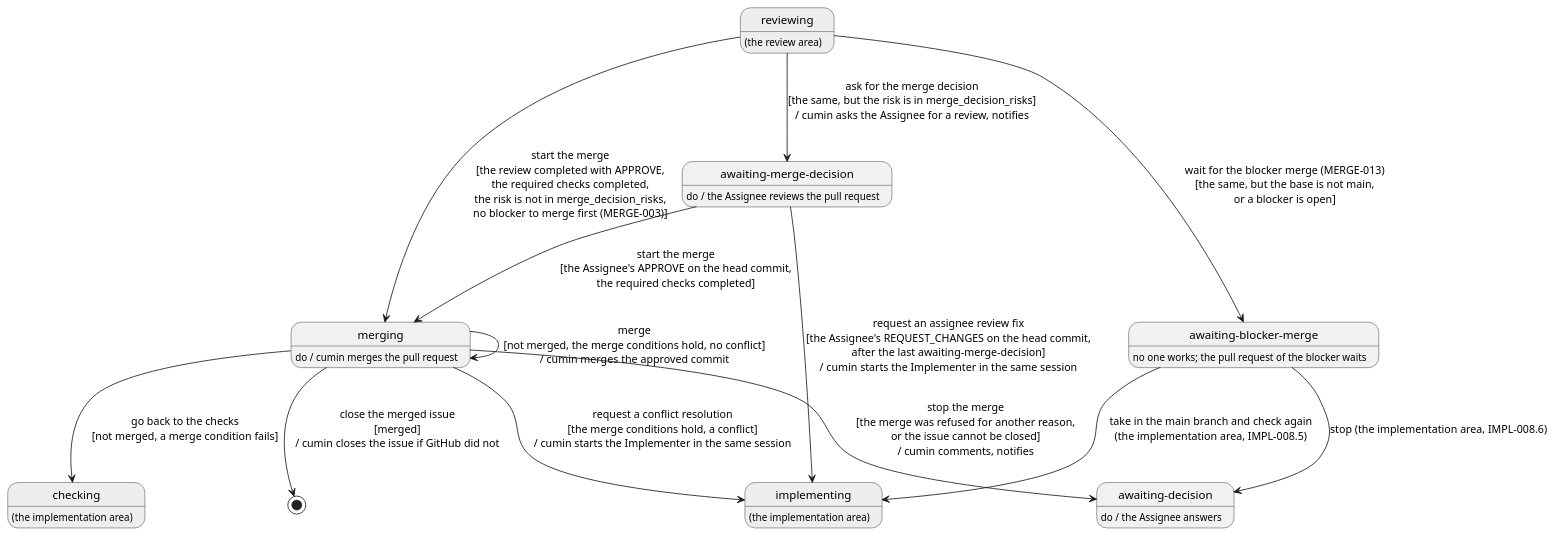
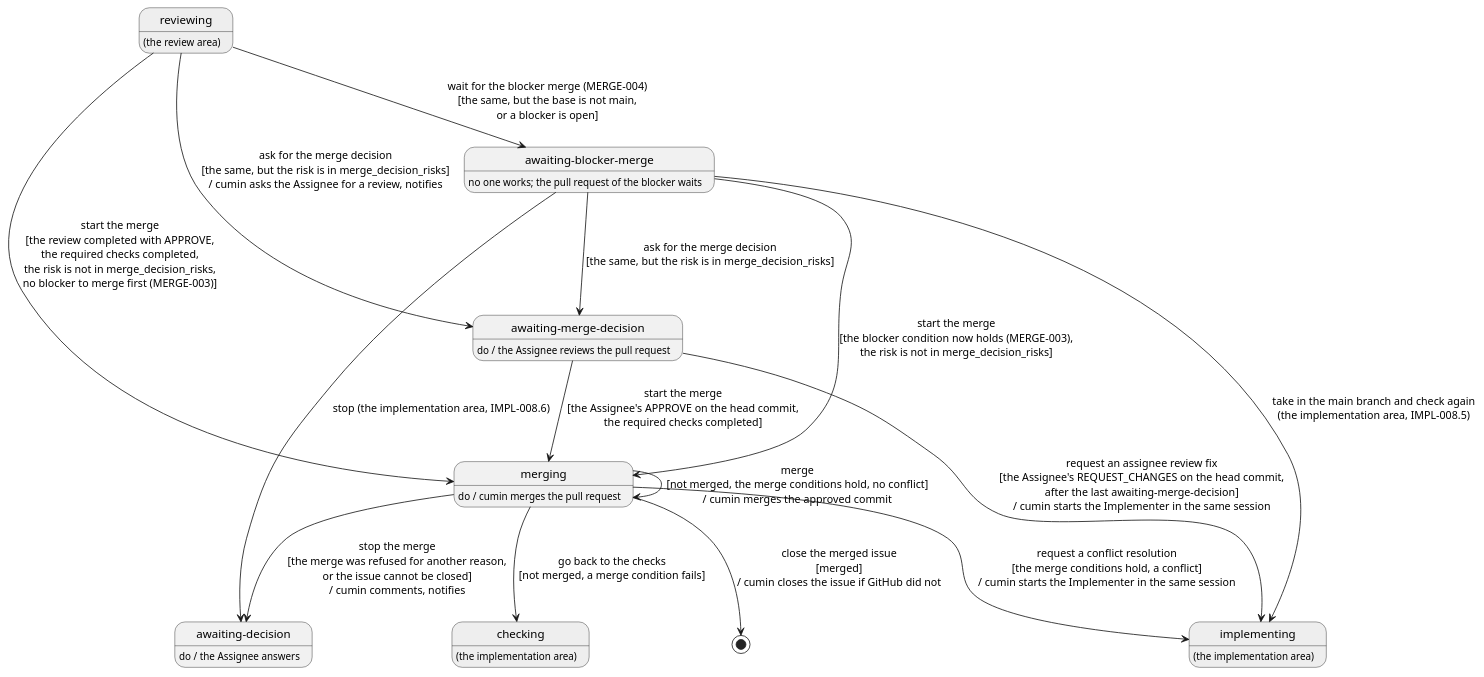
The diagram in docs/ja/requirements/merge/overview.puml (cloveclovedev/cumin-works), drawn with PlantUML before and after one commit. The commit also changed 9 other files, not shown here.

First line of the commit message:
docs(requirements): put the wait for blockers with the start of the merge

```diff
--- a/docs/ja/requirements/merge/overview.puml
+++ b/docs/ja/requirements/merge/overview.puml
@@ -1,43 +1,45 @@
 @startuml overview
 ' cumin-works - the states of an implementation issue in the merge stage.
 ' A state is a label on GitHub, written without "cumin/status/". "do /" says who works in the state.
 ' A transition is written: action [guard] / what cumin does. A gray state belongs to another area.
 ' Render: run scripts/render-diagrams.sh at the root of the repository.
 
 hide empty description
 
 state "reviewing" as Reviewing #EEEEEE
 Reviewing : (the review area)
 
 state "awaiting-merge-decision" as MergeDecision
 MergeDecision : do / the Assignee reviews the pull request
 
 state "merging" as Merging
 Merging : do / cumin merges the pull request
 
 state "implementing" as Implementing #EEEEEE
 Implementing : (the implementation area)
 
 state "checking" as Checking #EEEEEE
 Checking : (the implementation area)
 
 state "awaiting-blocker-merge" as AwaitingBase
 AwaitingBase : no one works; the pull request of the blocker waits
 
 state "awaiting-decision" as Decision
 Decision : do / the Assignee answers
 
 Reviewing --> Merging : start the merge\n[the review completed with APPROVE,\nthe required checks completed,\nthe risk is not in merge_decision_risks,\nno blocker to merge first (MERGE-003)]
 Reviewing --> MergeDecision : ask for the merge decision\n[the same, but the risk is in merge_decision_risks]\n/ cumin asks the Assignee for a review, notifies
 MergeDecision --> Merging : start the merge\n[the Assignee's APPROVE on the head commit,\nthe required checks completed]
 MergeDecision --> Implementing : request an assignee review fix\n[the Assignee's REQUEST_CHANGES on the head commit,\nafter the last awaiting-merge-decision]\n/ cumin starts the Implementer in the same session
-Reviewing --> AwaitingBase : wait for the blocker merge (MERGE-013)\n[the same, but the base is not main,\nor a blocker is open]
+Reviewing --> AwaitingBase : wait for the blocker merge (MERGE-004)\n[the same, but the base is not main,\nor a blocker is open]
 AwaitingBase --> Implementing : take in the main branch and check again\n(the implementation area, IMPL-008.5)
+AwaitingBase --> Merging : start the merge\n[the blocker condition now holds (MERGE-003),\nthe risk is not in merge_decision_risks]
+AwaitingBase --> MergeDecision : ask for the merge decision\n[the same, but the risk is in merge_decision_risks]
 AwaitingBase --> Decision : stop (the implementation area, IMPL-008.6)
 Merging --> Merging : merge\n[not merged, the merge conditions hold, no conflict]\n/ cumin merges the approved commit
 Merging --> [*] : close the merged issue\n[merged]\n/ cumin closes the issue if GitHub did not
 Merging --> Checking : go back to the checks\n[not merged, a merge condition fails]
 Merging --> Implementing : request a conflict resolution\n[the merge conditions hold, a conflict]\n/ cumin starts the Implementer in the same session
 Merging --> Decision : stop the merge\n[the merge was refused for another reason,\nor the issue cannot be closed]\n/ cumin comments, notifies
 
 @enduml
```
